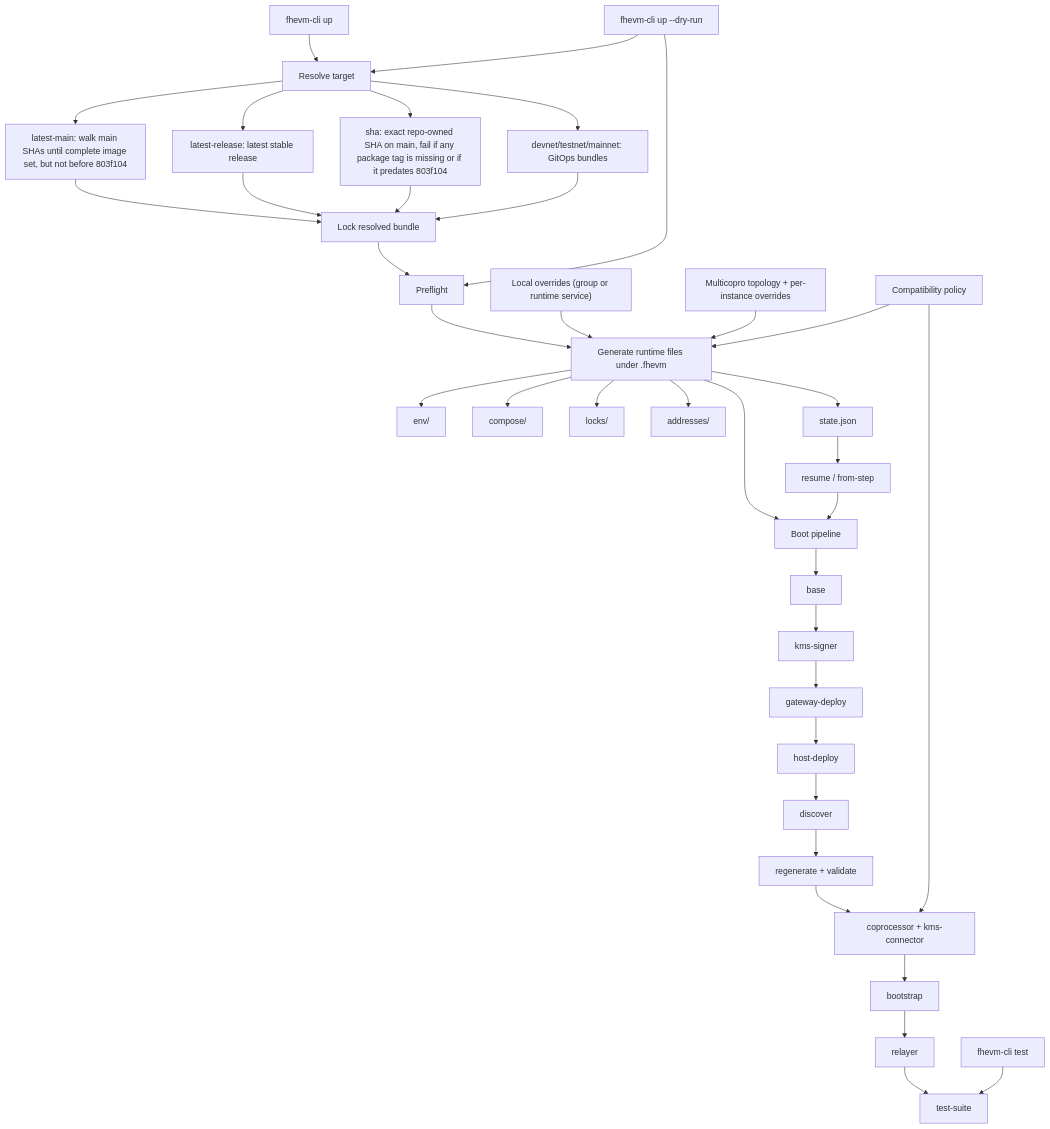
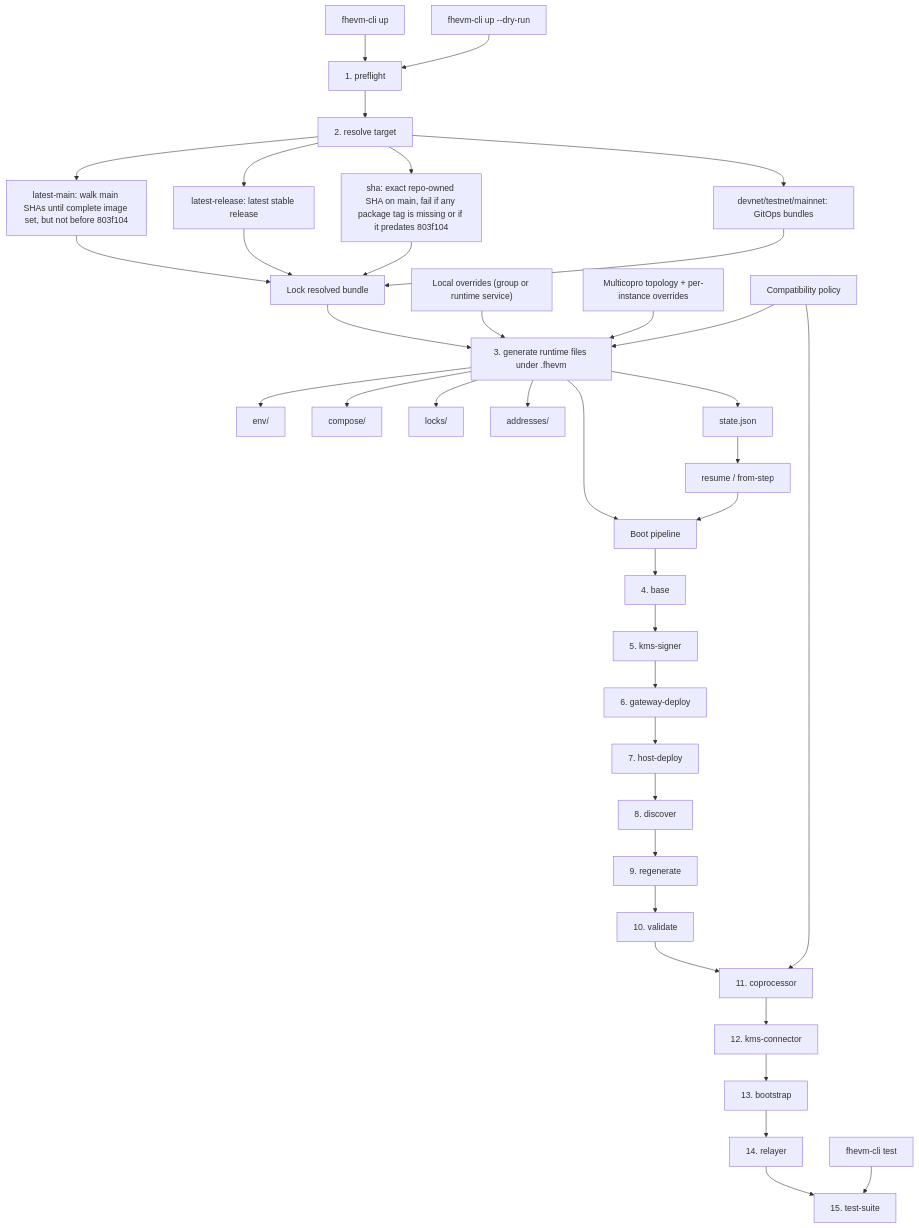
One commit to zama-ai/fhevm changed the diagram in test-suite/fhevm/ARCHITECTURE.md. Above: the diagram before and after it, drawn with Mermaid. The commit also changed 55 other files, not shown here.

First line of the commit message:
refactor(fhevm-cli): split runtime into pipeline and services

````diff
--- a/test-suite/fhevm/ARCHITECTURE.md
+++ b/test-suite/fhevm/ARCHITECTURE.md
@@ -5,44 +5,45 @@
 ```mermaid
 flowchart TD
-  A["fhevm-cli up"] --> B["Resolve target"]
+  A["fhevm-cli up"] --> P["1. preflight"]
+  P --> B["2. resolve target"]
   B --> B1["latest-main: walk main SHAs until complete image set, but not before 803f104"]
   B --> B2["latest-release: latest stable release"]
   B --> B3["sha: exact repo-owned SHA on main, fail if any package tag is missing or if it predates 803f104"]
   B --> B4["devnet/testnet/mainnet: GitOps bundles"]
   B1 --> C["Lock resolved bundle"]
   B2 --> C
   B3 --> C
   B4 --> C
 
-  C --> D["Preflight"]
-  D --> E["Generate runtime files under .fhevm"]
+  C --> E["3. generate runtime files under .fhevm"]
   E --> E1["env/"]
   E --> E2["compose/"]
   E --> E3["locks/"]
   E --> E4["addresses/"]
   E --> E5["state.json"]
 
   E --> F["Boot pipeline"]
-  F --> F1["base"]
-  F1 --> F2["kms-signer"]
-  F2 --> F3["gateway-deploy"]
-  F3 --> F4["host-deploy"]
-  F4 --> F5["discover"]
-  F5 --> F6["regenerate + validate"]
-  F6 --> F7["coprocessor + kms-connector"]
-  F7 --> F8["bootstrap"]
-  F8 --> F9["relayer"]
-  F9 --> F10["test-suite"]
+  F --> F1["4. base"]
+  F1 --> F2["5. kms-signer"]
+  F2 --> F3["6. gateway-deploy"]
+  F3 --> F4["7. host-deploy"]
+  F4 --> F5["8. discover"]
+  F5 --> F6["9. regenerate"]
+  F6 --> F7["10. validate"]
+  F7 --> F8["11. coprocessor"]
+  F8 --> F9["12. kms-connector"]
+  F9 --> F10["13. bootstrap"]
+  F10 --> F11["14. relayer"]
+  F11 --> F12["15. test-suite"]
 
   G["Local overrides (group or runtime service)"] --> E
   H["Multicopro topology + per-instance overrides"] --> E
   I["Compatibility policy"] --> E
-  I --> F7
+  I --> F8
 
   E5 --> J["resume / from-step"]
   J --> F
 
-  K["fhevm-cli test"] --> F10
-  L["fhevm-cli up --dry-run"] --> B
-  L --> D
+  K["fhevm-cli test"] --> F12
+  L["fhevm-cli up --dry-run"] --> P
 ```
````
